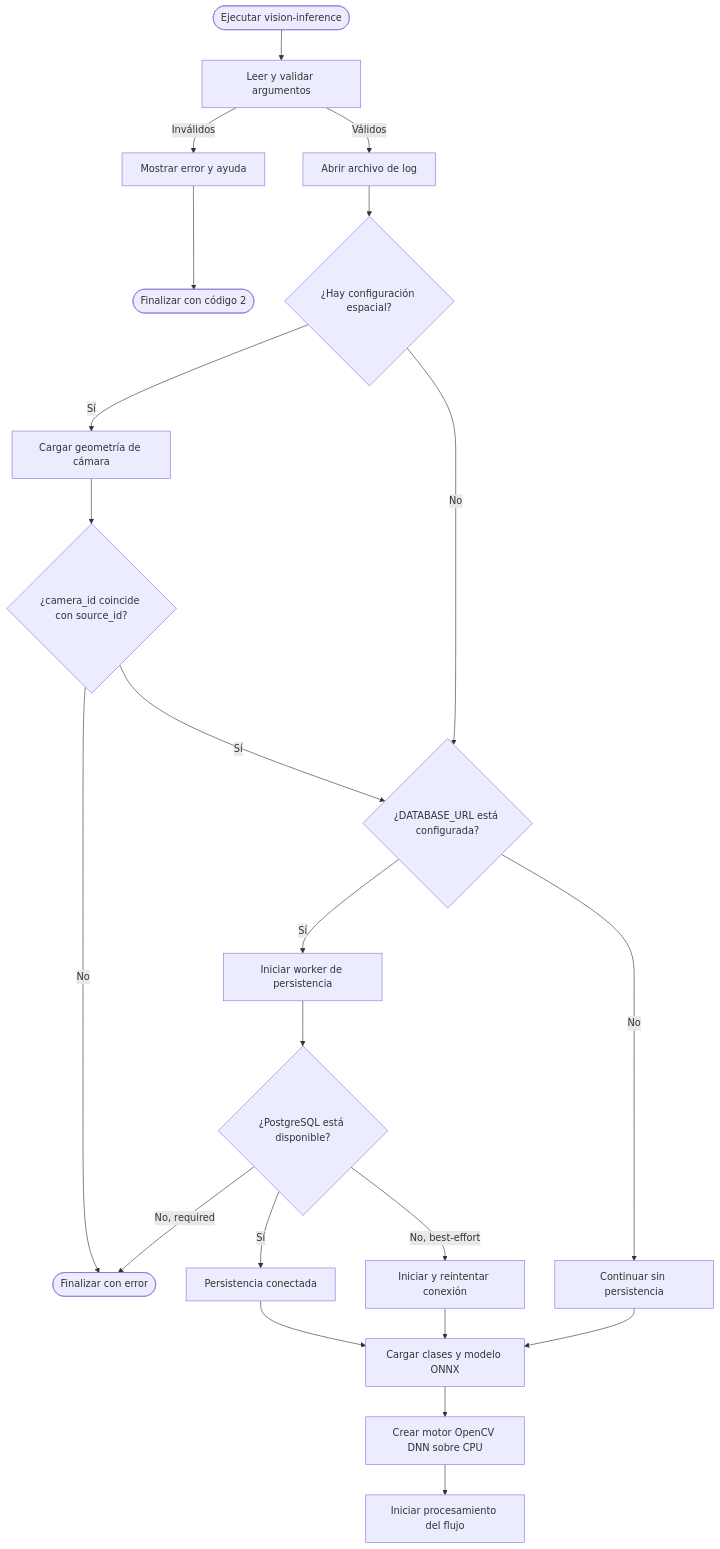
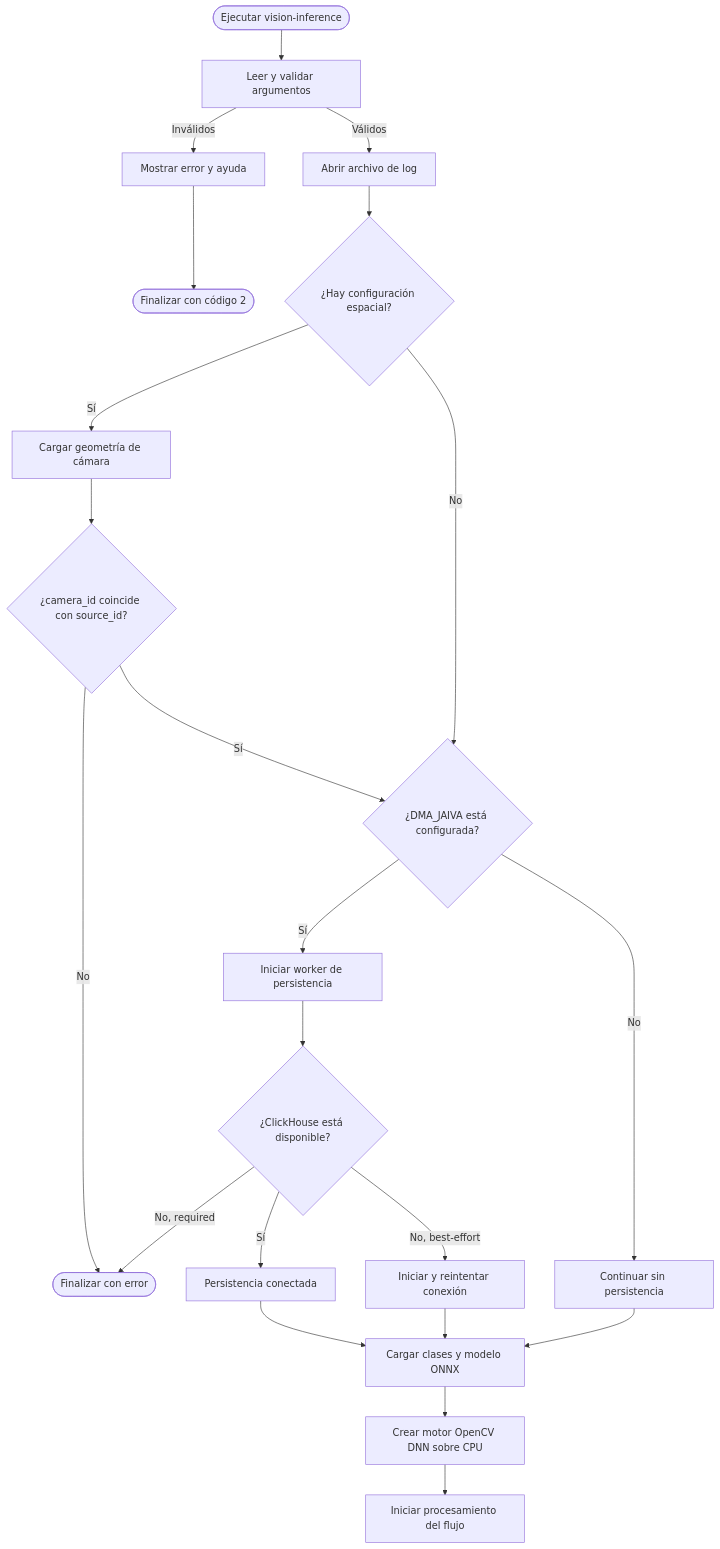
The second of 9 diagrams in docs/FLOWS.md (dfr2098/broder), drawn with Mermaid before and after one commit. The commit also changed other lines of this file and 28 other files, not shown here.

First line of the commit message:
Replace PostgreSQL temporal store with ClickHouse via Jaiva.

````diff
--- a/docs/FLOWS.md
+++ b/docs/FLOWS.md
@@ -61,27 +61,27 @@
 ```mermaid
 flowchart TD
     START([Ejecutar vision-inference]) --> ARGS[Leer y validar argumentos]
     ARGS -->|Inválidos| HELP[Mostrar error y ayuda]
     HELP --> EXIT2([Finalizar con código 2])
 
     ARGS -->|Válidos| LOG[Abrir archivo de log]
     LOG --> SCFG{¿Hay configuración espacial?}
     SCFG -->|Sí| SMODEL[Cargar geometría de cámara]
     SMODEL --> CAMERA{¿camera_id coincide con source_id?}
     CAMERA -->|No| ERROR([Finalizar con error])
     CAMERA -->|Sí| DATABASE
-    SCFG -->|No| DATABASE{¿DATABASE_URL está configurada?}
+    SCFG -->|No| DATABASE{¿DMA_JAIVA está configurada?}
 
     DATABASE -->|Sí| PWORKER[Iniciar worker de persistencia]
-    PWORKER --> PSTATE{¿PostgreSQL está disponible?}
+    PWORKER --> PSTATE{¿ClickHouse está disponible?}
     PSTATE -->|Sí| READY[Persistencia conectada]
     PSTATE -->|No, best-effort| RETRY[Iniciar y reintentar conexión]
     PSTATE -->|No, required| ERROR
     DATABASE -->|No| DISABLED[Continuar sin persistencia]
 
     READY --> LOAD
     RETRY --> LOAD
     DISABLED --> LOAD[Cargar clases y modelo ONNX]
     LOAD --> ENGINE[Crear motor OpenCV DNN sobre CPU]
     ENGINE --> STREAM[Iniciar procesamiento del flujo]
 ```
````
